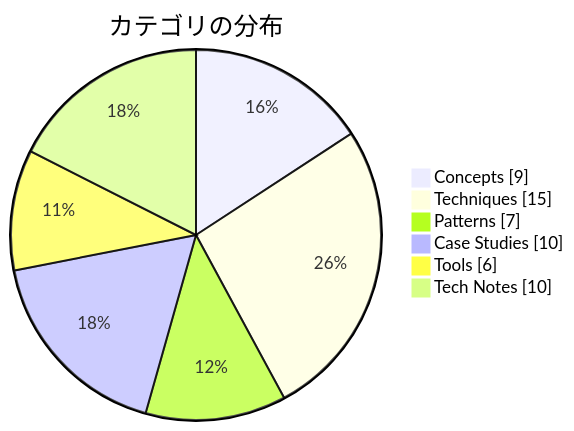
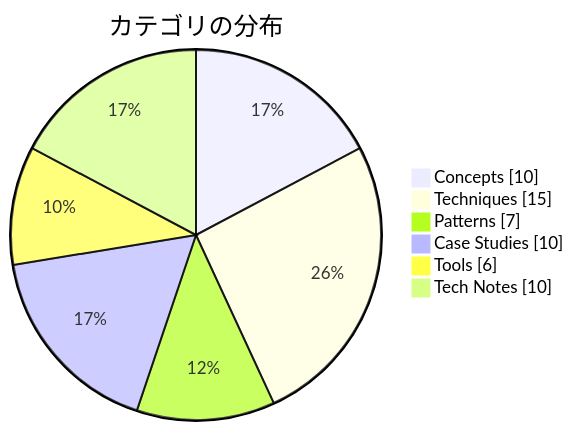
One commit to dinekt/dinekt-wiki changed the second of 2 diagrams in docs/index.md. Above: the diagram before and after it, drawn with Mermaid. The commit also changed other lines of this file and 9 other files, not shown here.

````diff
--- a/docs/index.md
+++ b/docs/index.md
@@ -37,9 +37,9 @@
 ```mermaid
 pie showData title カテゴリの分布
-    "Concepts" : 9
+    "Concepts" : 10
     "Techniques" : 15
     "Patterns" : 7
     "Case Studies" : 10
     "Tools" : 6
     "Tech Notes" : 10
 ```
````
